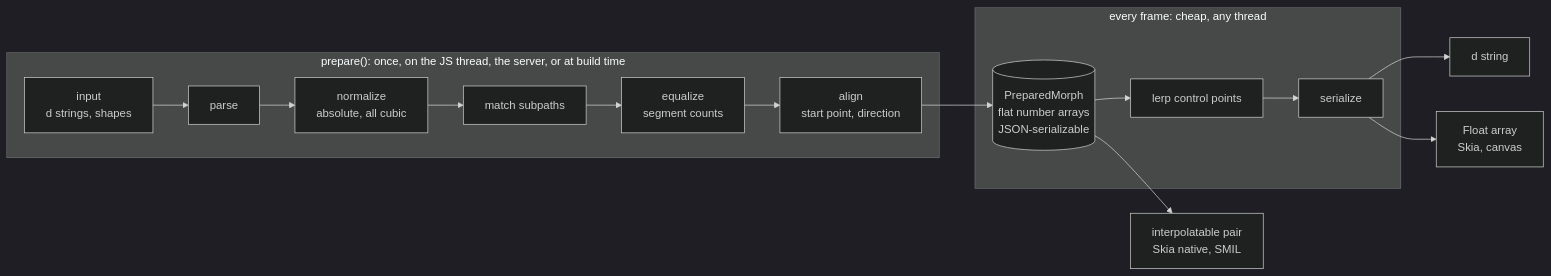
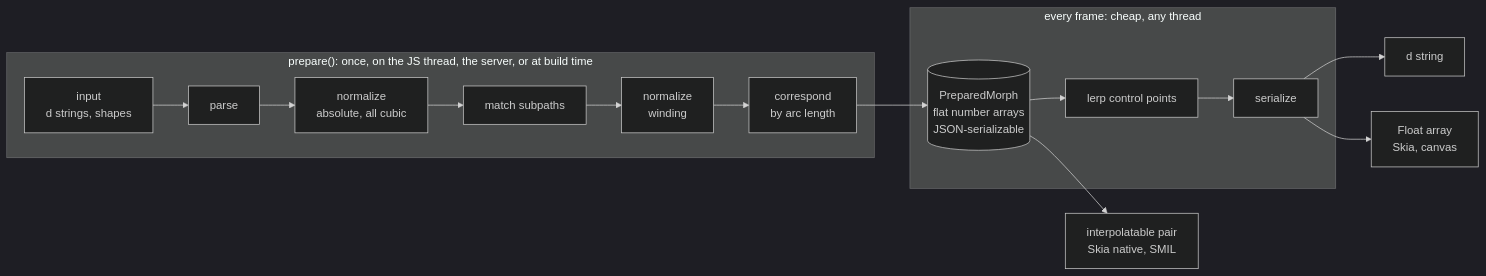
The first of 3 diagrams in docs/rfcs/0001-project-foundations.md (cesarvenzac/morph), drawn with Mermaid (dark theme) before and after one commit. The commit also changed other lines of this file and 99 other files, not shown here.

````diff
--- a/docs/rfcs/0001-project-foundations.md
+++ b/docs/rfcs/0001-project-foundations.md
@@ -144,18 +144,18 @@
 ```mermaid
 flowchart LR
   subgraph prep["prepare(): once, on the JS thread, the server, or at build time"]
     A[input<br/>d strings, shapes] --> B[parse]
     B --> C[normalize<br/>absolute, all cubic]
     C --> D[match subpaths]
-    D --> E[equalize<br/>segment counts]
-    E --> F[align<br/>start point, direction]
+    D --> E[normalize<br/>winding]
+    E --> F[correspond<br/>by arc length]
   end
   F --> P[(PreparedMorph<br/>flat number arrays<br/>JSON-serializable)]
   subgraph perframe["every frame: cheap, any thread"]
     P --> G[lerp control points]
     G --> H[serialize]
   end
   H --> O1[d string]
   H --> O2[Float array<br/>Skia, canvas]
   P --> O3[interpolatable pair<br/>Skia native, SMIL]
 ```
````
